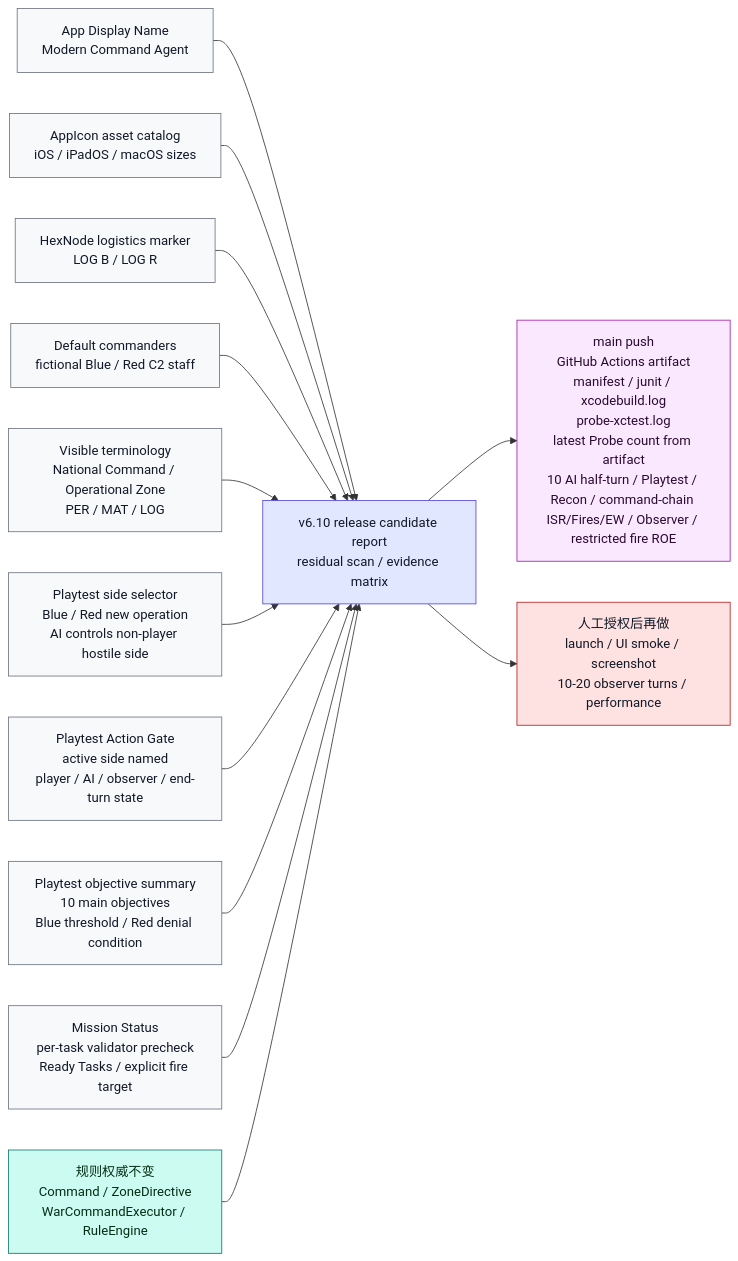
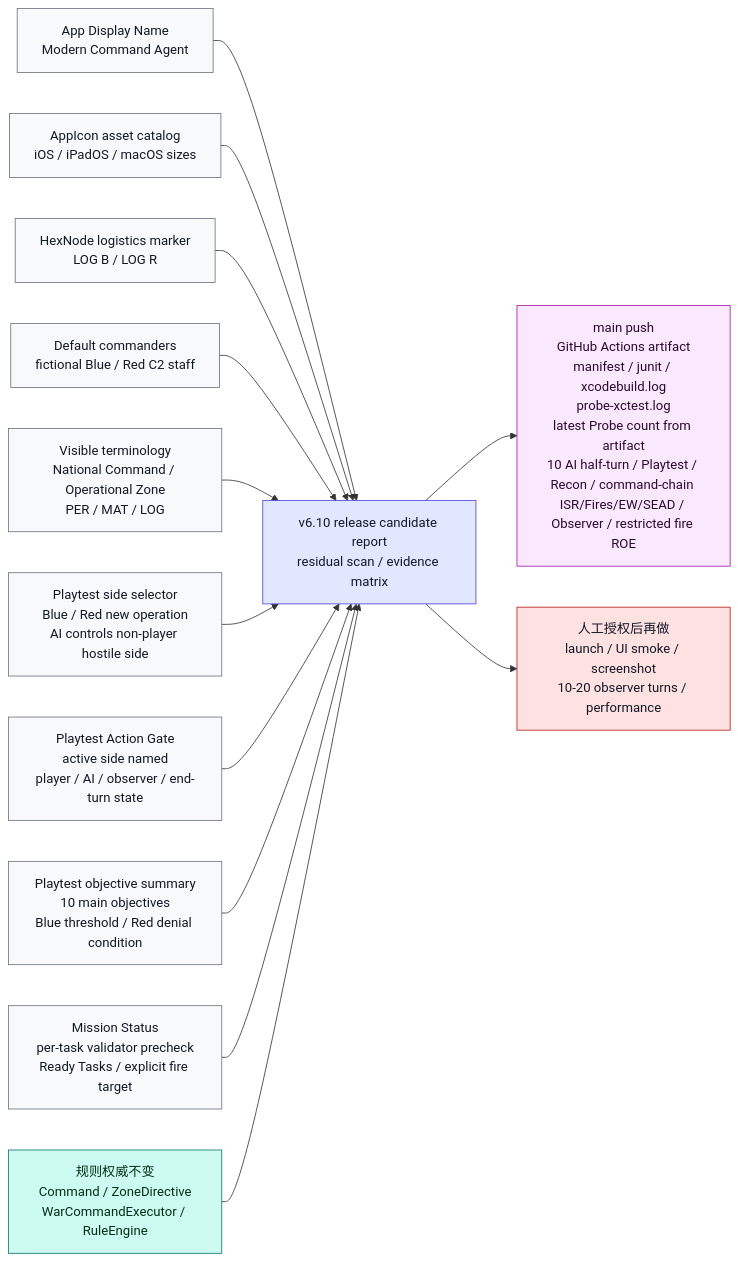
Diagram 12 of 20 in md/flow/flowchart.md (Altman-sam114/127), drawn with Mermaid before and after one commit. The commit also changed other lines of this file and 8 other files, not shown here.

Commit message:
feat: bridge command-chain sead

````diff
--- a/md/flow/flowchart.md
+++ b/md/flow/flowchart.md
@@ -369,35 +369,35 @@
 ```mermaid
 flowchart LR
     DISPLAY["App Display Name<br/>Modern Command Agent"]:::display
     ICON["AppIcon asset catalog<br/>iOS / iPadOS / macOS sizes"]:::display
     MAP["HexNode logistics marker<br/>LOG B / LOG R"]:::display
     COMMANDERS["Default commanders<br/>fictional Blue / Red C2 staff"]:::display
     TERMS["Visible terminology<br/>National Command / Operational Zone<br/>PER / MAT / LOG"]:::display
     REPORT["v6.10 release candidate report<br/>residual scan / evidence matrix"]:::doc
     RULES["规则权威不变<br/>Command / ZoneDirective<br/>WarCommandExecutor / RuleEngine"]:::rules
-    CLOUD["main push<br/>GitHub Actions artifact<br/>manifest / junit / xcodebuild.log<br/>probe-xctest.log<br/>latest Probe count from artifact<br/>10 AI half-turn / Playtest / Recon / command-chain ISR/Fires/EW / Observer / restricted fire ROE"]:::cloud
+    CLOUD["main push<br/>GitHub Actions artifact<br/>manifest / junit / xcodebuild.log<br/>probe-xctest.log<br/>latest Probe count from artifact<br/>10 AI half-turn / Playtest / Recon / command-chain ISR/Fires/EW/SEAD / Observer / restricted fire ROE"]:::cloud
     SIDE["Playtest side selector<br/>Blue / Red new operation<br/>AI controls non-player hostile side"]:::display
     GATE["Playtest Action Gate<br/>active side named<br/>player / AI / observer / end-turn state"]:::display
     OBJ["Playtest objective summary<br/>10 main objectives<br/>Blue threshold / Red denial condition"]:::display
     MISSION["Mission Status<br/>per-task validator precheck<br/>Ready Tasks / explicit fire target"]:::display
     RUNTIME["人工授权后再做<br/>launch / UI smoke / screenshot<br/>10-20 observer turns / performance"]:::risk
 
     DISPLAY --> REPORT
     ICON --> REPORT
     MAP --> REPORT
     COMMANDERS --> REPORT
     TERMS --> REPORT
     SIDE --> REPORT
     GATE --> REPORT
     OBJ --> REPORT
     MISSION --> REPORT
     RULES --> REPORT
     REPORT --> CLOUD
     REPORT --> RUNTIME
 
     classDef display fill:#f8f9fb,stroke:#6b7280,color:#111827
     classDef doc fill:#e0e7ff,stroke:#4f46e5,color:#111827
     classDef rules fill:#ccfbf1,stroke:#0f766e,color:#052e16
     classDef cloud fill:#fae8ff,stroke:#a21caf,color:#2a0a2f
     classDef risk fill:#fee2e2,stroke:#b91c1c,color:#111827
 ```
````
